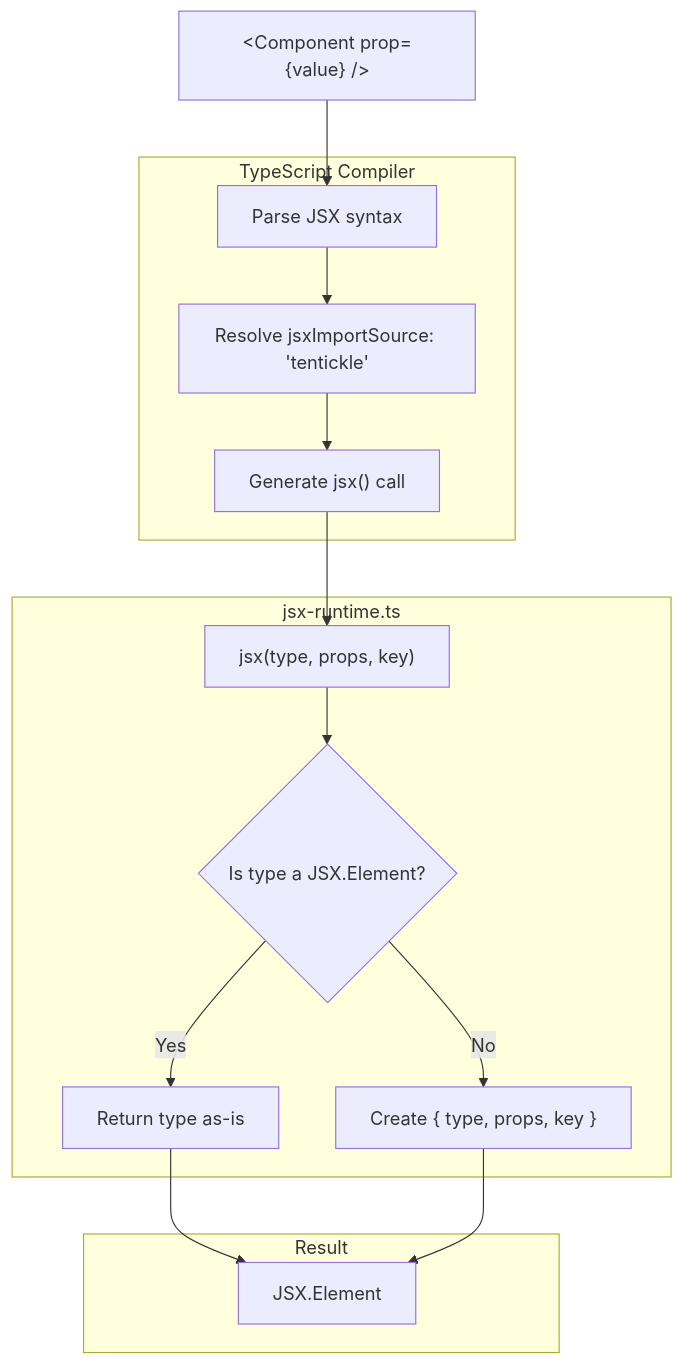
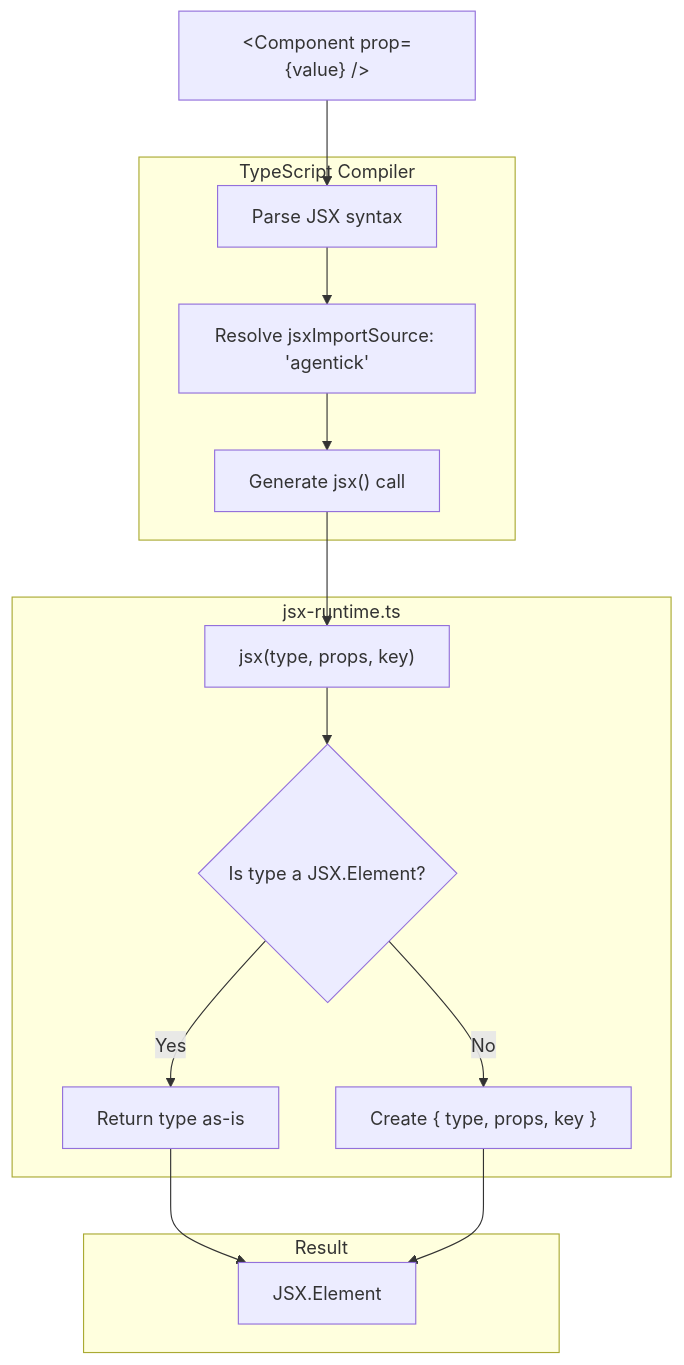
Before and after one commit to agenticklabs/agentick: the diagram in packages/core/src/jsx/ARCHITECTURE.md, drawn with Mermaid. The commit also changed other lines of this file and 291 other files, not shown here.

````diff
--- a/packages/core/src/jsx/ARCHITECTURE.md
+++ b/packages/core/src/jsx/ARCHITECTURE.md
@@ -168,28 +168,28 @@
 ```mermaid
 flowchart TD
     TSX["&lt;Component prop={value} /&gt;"]
 
     subgraph "TypeScript Compiler"
         TC1["Parse JSX syntax"]
-        TC2["Resolve jsxImportSource: 'tentickle'"]
+        TC2["Resolve jsxImportSource: 'agentick'"]
         TC3["Generate jsx() call"]
     end
 
     subgraph "jsx-runtime.ts"
         JSX1["jsx(type, props, key)"]
         JSX2{"Is type a JSX.Element?"}
         JSX3["Return type as-is"]
         JSX4["Create { type, props, key }"]
     end
 
     subgraph "Result"
         EL["JSX.Element"]
     end
 
     TSX --> TC1 --> TC2 --> TC3 --> JSX1
     JSX1 --> JSX2
     JSX2 -->|Yes| JSX3
     JSX2 -->|No| JSX4
     JSX3 --> EL
     JSX4 --> EL
 ```
````
